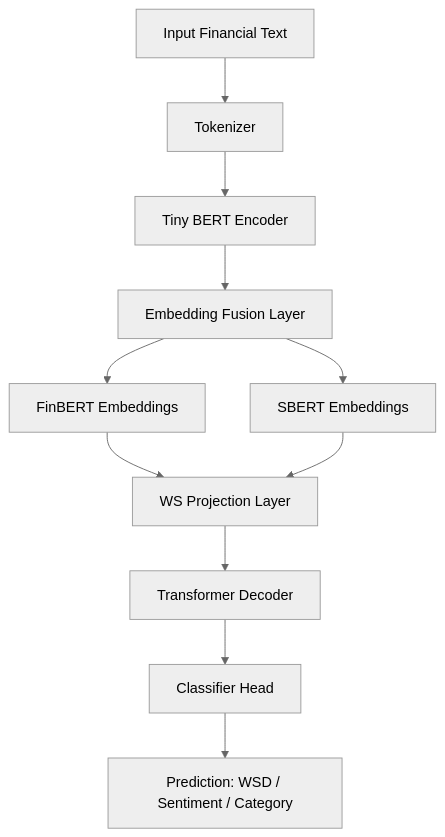
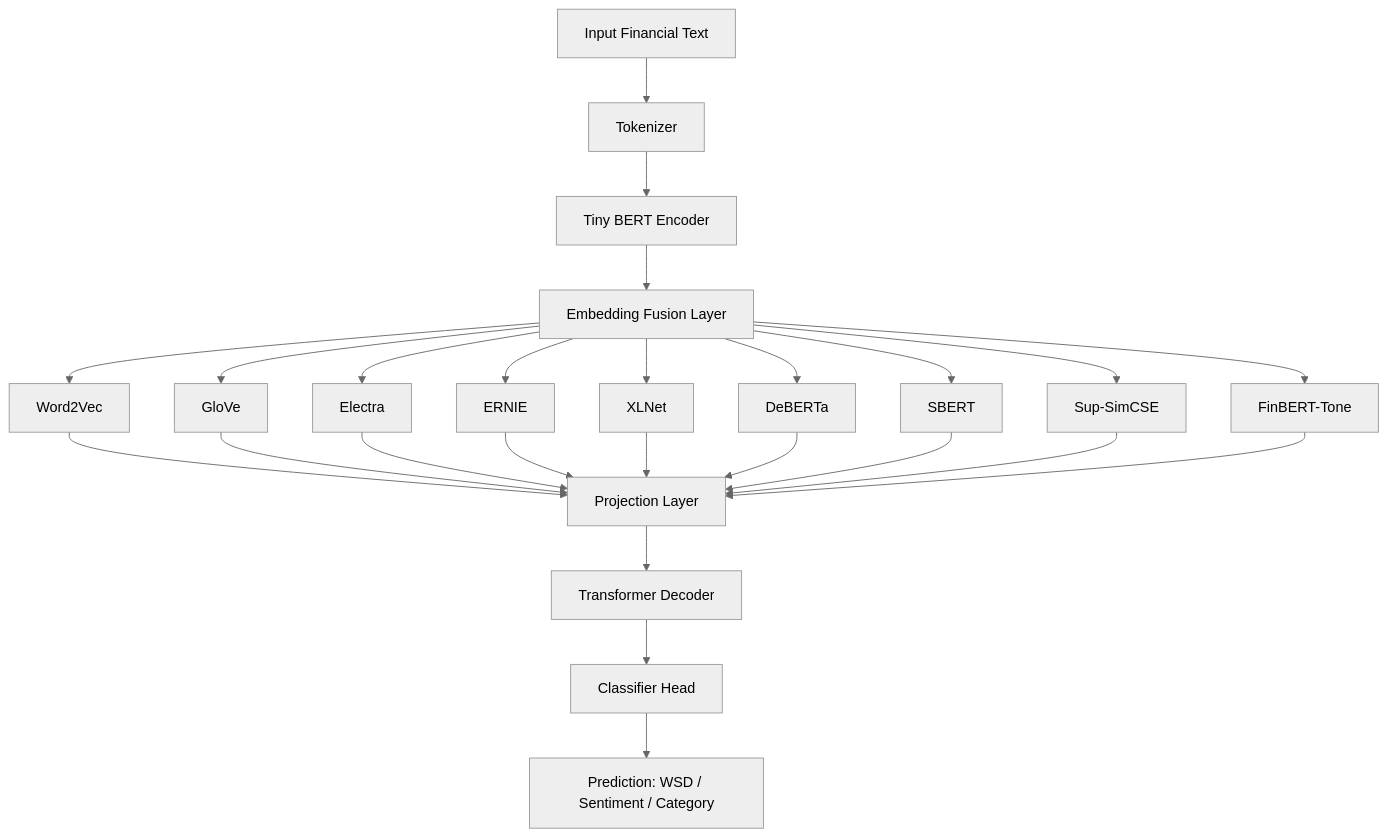
Before and after one commit to sanjithganesa/WSD-Financial-NLP-Pipeline: the diagram in README.md, drawn with Mermaid (neutral theme). The commit also changed other lines of this file, not shown here.

````diff
--- a/README.md
+++ b/README.md
@@ -157,13 +190,27 @@
 ```mermaid
 flowchart TD
     A[Input Financial Text] --> B[Tokenizer]
     B --> C[Tiny BERT Encoder]
     C --> D[Embedding Fusion Layer]
-    D --> E[FinBERT Embeddings]
-    D --> F[SBERT Embeddings]
-    E --> G[WS Projection Layer]
-    F --> G
-    G --> H[Transformer Decoder]
-    H --> I[Classifier Head]
-    I --> J[Prediction: WSD / Sentiment / Category]
+    D --> E[Word2Vec]
+    D --> F[GloVe]
+    D --> G[Electra]
+    D --> H[ERNIE]
+    D --> I[XLNet]
+    D --> J[DeBERTa]
+    D --> K[SBERT]
+    D --> L[Sup-SimCSE]
+    D --> M[FinBERT-Tone]
+    E --> N[Projection Layer]
+    F --> N
+    G --> N
+    H --> N
+    I --> N
+    J --> N
+    K --> N
+    L --> N
+    M --> N
+    N --> O[Transformer Decoder]
+    O --> P[Classifier Head]
+    P --> Q[Prediction: WSD / Sentiment / Category]
 ```
````
